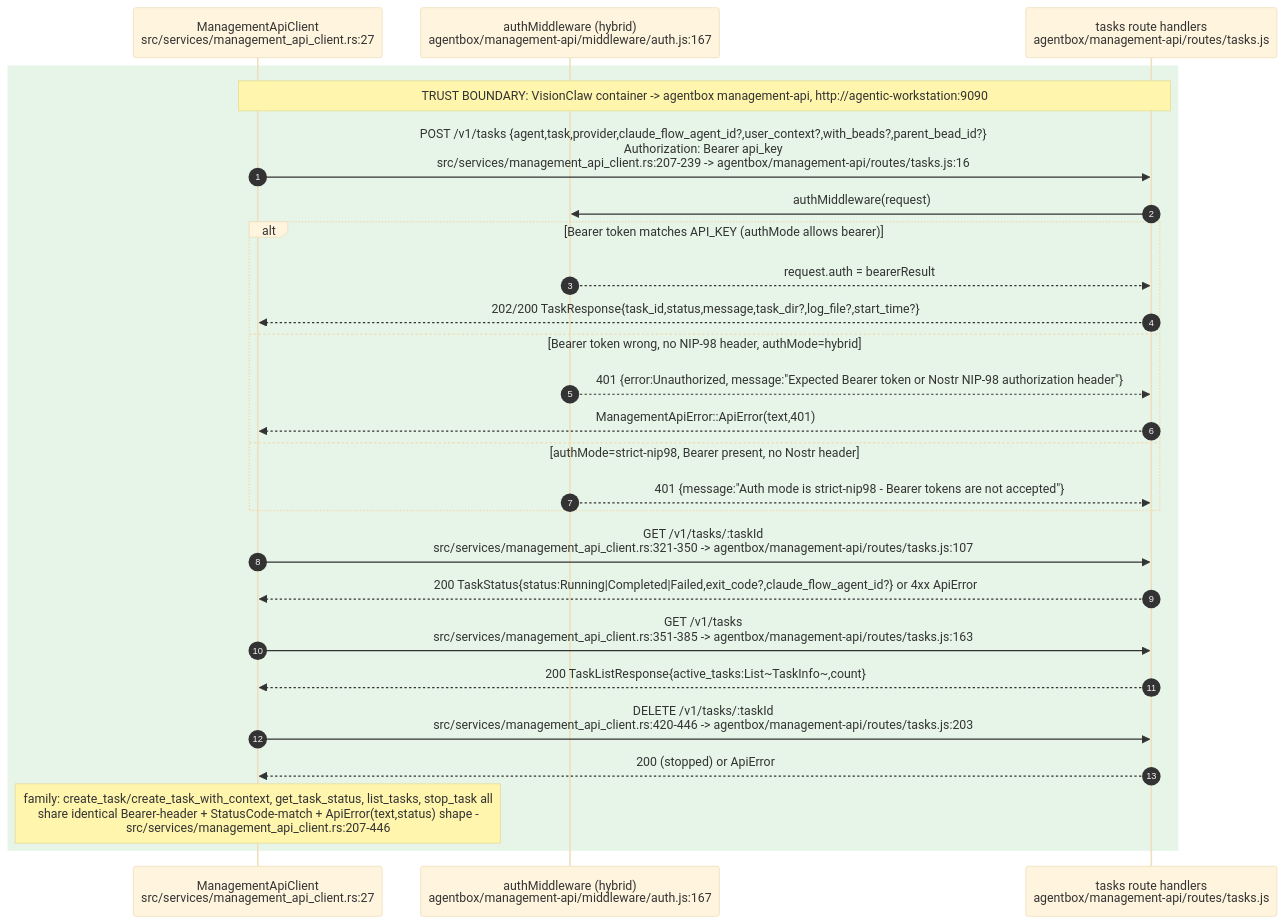
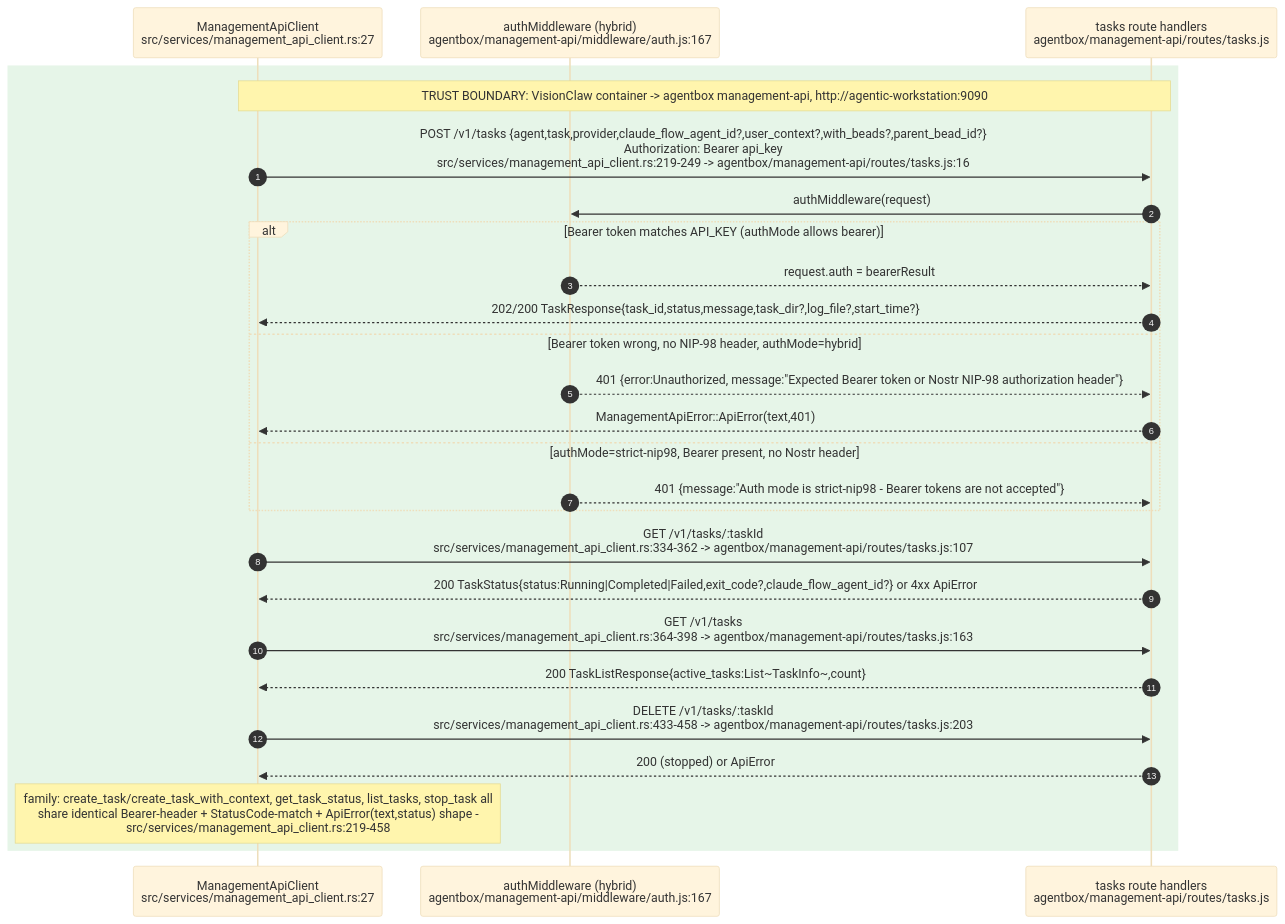
Before and after one commit to DreamLab-AI/VisionFlow: the tenth of 12 diagrams in docs/diagrams/estate/02-agent-events-agentbox-to-visionclaw.md, drawn with Mermaid (base theme). The commit also changed other lines of this file and 8 other files, not shown here.

Commit message:
docs(diagrams): multi-MCP discovery is real; re-stamp visionclaw 01/03/05/09/27 and estate/02

````diff
--- a/docs/diagrams/estate/02-agent-events-agentbox-to-visionclaw.md
+++ b/docs/diagrams/estate/02-agent-events-agentbox-to-visionclaw.md
@@ -439,29 +446,29 @@
 ```mermaid
 sequenceDiagram
     autonumber
     participant VC as ManagementApiClient<br/>src/services/management_api_client.rs:27
     participant AUTH as authMiddleware (hybrid)<br/>agentbox/management-api/middleware/auth.js:167
     participant TASKS as tasks route handlers<br/>agentbox/management-api/routes/tasks.js
 
     rect rgb(230,245,232)
     Note over VC,TASKS: TRUST BOUNDARY: VisionClaw container -> agentbox management-api, http://agentic-workstation:9090
-    VC->>TASKS: POST /v1/tasks {agent,task,provider,claude_flow_agent_id?,user_context?,with_beads?,parent_bead_id?}<br/>Authorization: Bearer api_key<br/>src/services/management_api_client.rs:207-239 -> agentbox/management-api/routes/tasks.js:16
+    VC->>TASKS: POST /v1/tasks {agent,task,provider,claude_flow_agent_id?,user_context?,with_beads?,parent_bead_id?}<br/>Authorization: Bearer api_key<br/>src/services/management_api_client.rs:219-249 -> agentbox/management-api/routes/tasks.js:16
     TASKS->>AUTH: authMiddleware(request)
     alt Bearer token matches API_KEY (authMode allows bearer)
         AUTH-->>TASKS: request.auth = bearerResult
         TASKS-->>VC: 202/200 TaskResponse{task_id,status,message,task_dir?,log_file?,start_time?}
     else Bearer token wrong, no NIP-98 header, authMode=hybrid
         AUTH-->>TASKS: 401 {error:Unauthorized, message:"Expected Bearer token or Nostr NIP-98 authorization header"}
         TASKS-->>VC: ManagementApiError::ApiError(text,401)
     else authMode=strict-nip98, Bearer present, no Nostr header
         AUTH-->>TASKS: 401 {message:"Auth mode is strict-nip98 - Bearer tokens are not accepted"}
     end
-    VC->>TASKS: GET /v1/tasks/:taskId<br/>src/services/management_api_client.rs:321-350 -> agentbox/management-api/routes/tasks.js:107
+    VC->>TASKS: GET /v1/tasks/:taskId<br/>src/services/management_api_client.rs:334-362 -> agentbox/management-api/routes/tasks.js:107
     TASKS-->>VC: 200 TaskStatus{status:Running|Completed|Failed,exit_code?,claude_flow_agent_id?} or 4xx ApiError
-    VC->>TASKS: GET /v1/tasks<br/>src/services/management_api_client.rs:351-385 -> agentbox/management-api/routes/tasks.js:163
+    VC->>TASKS: GET /v1/tasks<br/>src/services/management_api_client.rs:364-398 -> agentbox/management-api/routes/tasks.js:163
     TASKS-->>VC: 200 TaskListResponse{active_tasks:List~TaskInfo~,count}
-    VC->>TASKS: DELETE /v1/tasks/:taskId<br/>src/services/management_api_client.rs:420-446 -> agentbox/management-api/routes/tasks.js:203
+    VC->>TASKS: DELETE /v1/tasks/:taskId<br/>src/services/management_api_client.rs:433-458 -> agentbox/management-api/routes/tasks.js:203
     TASKS-->>VC: 200 (stopped) or ApiError
-    Note over VC: family: create_task/create_task_with_context, get_task_status, list_tasks, stop_task all<br/>share identical Bearer-header + StatusCode-match + ApiError(text,status) shape -<br/>src/services/management_api_client.rs:207-446
+    Note over VC: family: create_task/create_task_with_context, get_task_status, list_tasks, stop_task all<br/>share identical Bearer-header + StatusCode-match + ApiError(text,status) shape -<br/>src/services/management_api_client.rs:219-458
     end
 ```
````
